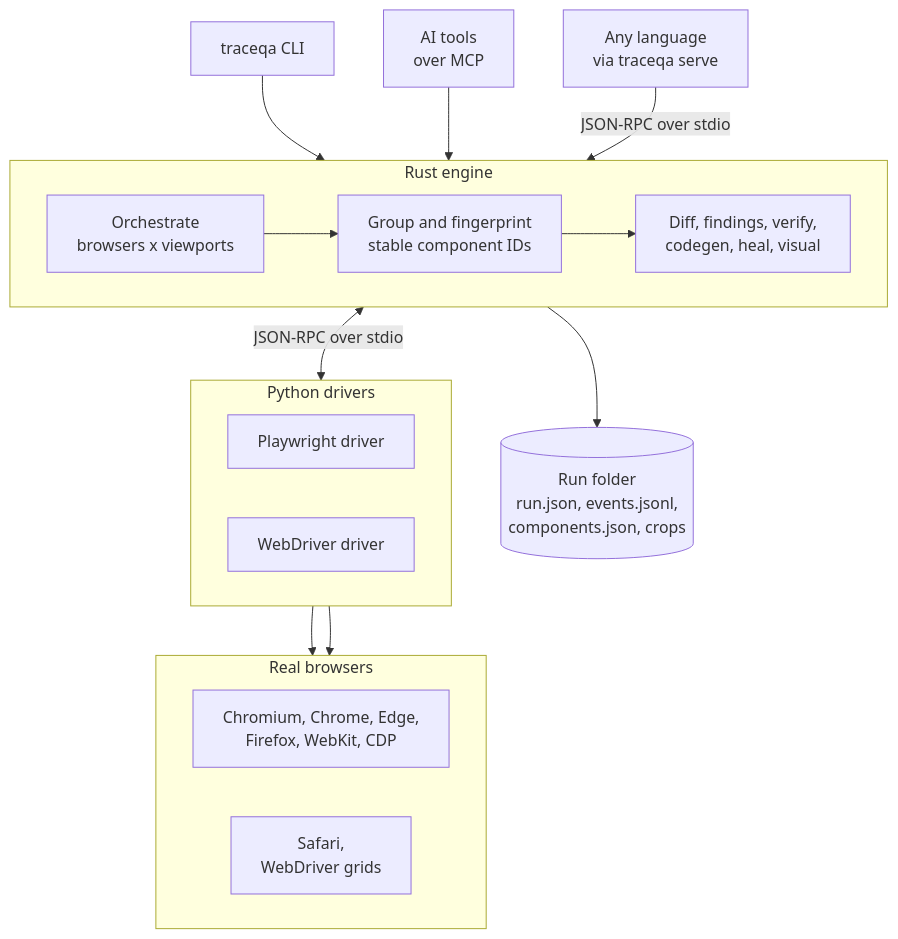
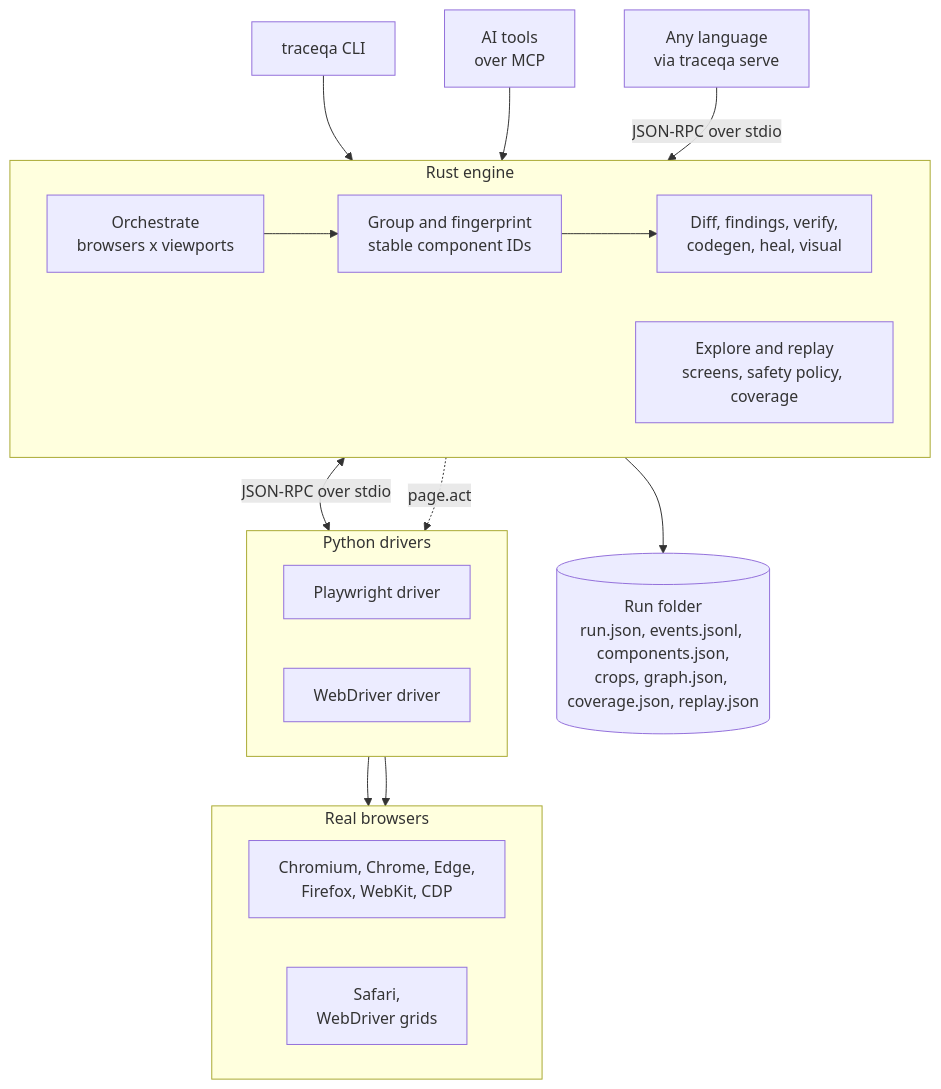
One commit to thearpankumar/TraceQA changed the first of 4 diagrams in README.md. Above: the diagram before and after it, drawn with Mermaid. The commit also changed other lines of this file, not shown here.

Commit message:
README: add the explorer and replay to the diagrams and the repository map

````diff
--- a/README.md
+++ b/README.md
@@ -250,33 +250,35 @@
 ```mermaid
 flowchart TB
     cli["traceqa CLI"]
     ai["AI tools<br/>over MCP"]
     lang["Any language<br/>via traceqa serve"]
 
     subgraph engine["Rust engine"]
         direction LR
         orchestrate["Orchestrate<br/>browsers x viewports"] --> group["Group and fingerprint<br/>stable component IDs"] --> analyse["Diff, findings, verify,<br/>codegen, heal, visual"]
+        explorer["Explore and replay<br/>screens, safety policy, coverage"]
     end
 
     subgraph drivers["Python drivers"]
         direction LR
         pw["Playwright driver"]
         wd["WebDriver driver"]
     end
 
     subgraph browsers["Real browsers"]
         direction LR
         b1["Chromium, Chrome, Edge,<br/>Firefox, WebKit, CDP"]
         b2["Safari,<br/>WebDriver grids"]
     end
 
-    runs[("Run folder<br/>run.json, events.jsonl,<br/>components.json, crops")]
+    runs[("Run folder<br/>run.json, events.jsonl, components.json,<br/>crops, graph.json, coverage.json, replay.json")]
 
     cli --> engine
     ai --> engine
     lang -->|JSON-RPC over stdio| engine
     engine <-->|JSON-RPC over stdio| drivers
+    explorer -.->|page.act| drivers
     pw --> b1
     wd --> b2
     engine --> runs
 ```
````
